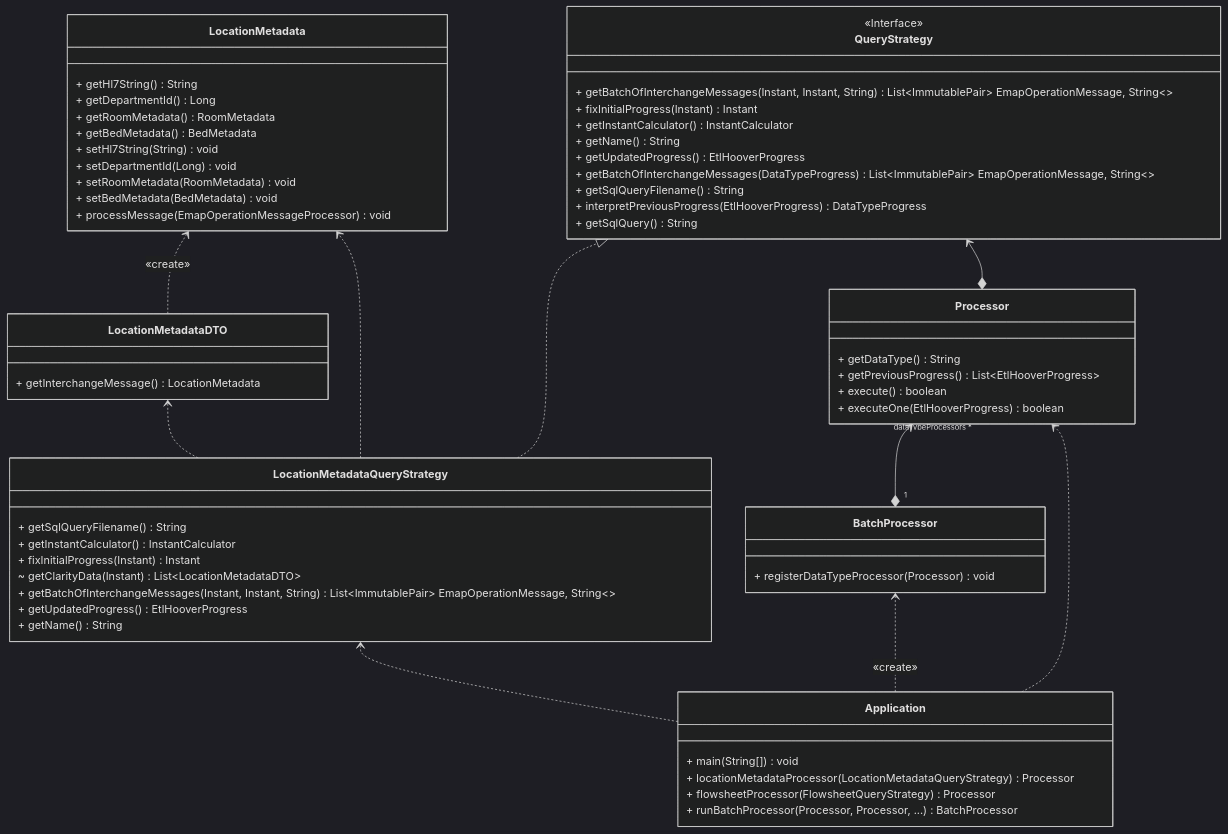
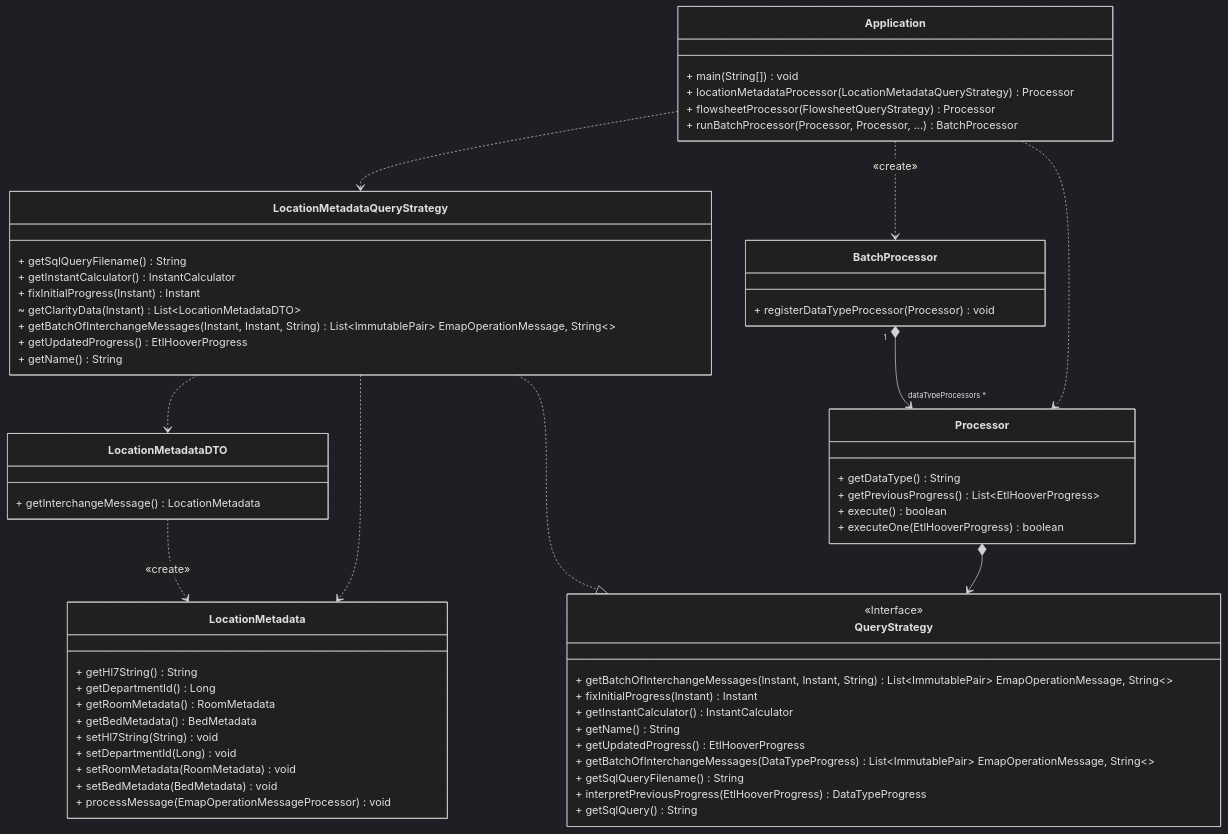
One commit to UCLH-DHCT/emap changed the second of 3 diagrams in docs/onboarding.md. Above: the diagram before and after it, drawn with Mermaid (dark theme). The commit also changed other lines of this file, not shown here.

Commit message:
Try removing direction in mermaid

````diff
--- a/docs/onboarding.md
+++ b/docs/onboarding.md
@@ -201,65 +200,66 @@
 ```mermaid
 classDiagram
-    direction BT
+    Application ..> LocationMetadataQueryStrategy
+    LocationMetadataDTO ..> LocationMetadata: «create»
+    LocationMetadataQueryStrategy ..> LocationMetadata
+    LocationMetadataQueryStrategy ..> LocationMetadataDTO
+    LocationMetadataQueryStrategy ..|> QueryStrategy
+    Processor *--> QueryStrategy
+    BatchProcessor "1" *--> "dataTypeProcessors *" Processor
+    Application ..> Processor
+    Application ..> BatchProcessor: «create»
+    
     class Application {
         + main(String[]) void
         + locationMetadataProcessor(LocationMetadataQueryStrategy) Processor
         + flowsheetProcessor(FlowsheetQueryStrategy) Processor
         + runBatchProcessor(Processor, Processor, ...) BatchProcessor
     }
     class LocationMetadata {
         + getHl7String() String
         + getDepartmentId() Long
         + getRoomMetadata() RoomMetadata
         + getBedMetadata() BedMetadata
         + setHl7String(String) void
         + setDepartmentId(Long) void
         + setRoomMetadata(RoomMetadata) void
         + setBedMetadata(BedMetadata) void
         + processMessage(EmapOperationMessageProcessor) void
     }
     class LocationMetadataDTO {
         + getInterchangeMessage() LocationMetadata
     }
     class LocationMetadataQueryStrategy {
         + getSqlQueryFilename() String
         + getInstantCalculator() InstantCalculator
         + fixInitialProgress(Instant) Instant
         ~ getClarityData(Instant) List~LocationMetadataDTO~
         + getBatchOfInterchangeMessages(Instant, Instant, String) List~ImmutablePair~ EmapOperationMessage, String~~
         + getUpdatedProgress() EtlHooverProgress
         + getName() String
     }
     class QueryStrategy {
         <<Interface>>
         + getBatchOfInterchangeMessages(Instant, Instant, String) List~ImmutablePair~ EmapOperationMessage, String~~
         + fixInitialProgress(Instant) Instant
         + getInstantCalculator() InstantCalculator
         + getName() String
         + getUpdatedProgress() EtlHooverProgress
         + getBatchOfInterchangeMessages(DataTypeProgress) List~ImmutablePair~ EmapOperationMessage, String~~
         + getSqlQueryFilename() String
         + interpretPreviousProgress(EtlHooverProgress) DataTypeProgress
         + getSqlQuery() String
     }
     class Processor {
         + getDataType() String
         + getPreviousProgress() List~EtlHooverProgress~
         + execute() boolean
         + executeOne(EtlHooverProgress) boolean
     }
 
     class BatchProcessor {
         + registerDataTypeProcessor(Processor) void
     }
 
-    Application ..> LocationMetadataQueryStrategy
-    LocationMetadataDTO ..> LocationMetadata: «create»
-    LocationMetadataQueryStrategy ..> LocationMetadata
-    LocationMetadataQueryStrategy ..> LocationMetadataDTO
-    LocationMetadataQueryStrategy ..|> QueryStrategy
-    Processor *--> QueryStrategy
-    BatchProcessor "1" *--> "dataTypeProcessors *" Processor
-    Application ..> Processor
-    Application ..> BatchProcessor: «create»
+
 ```
````
